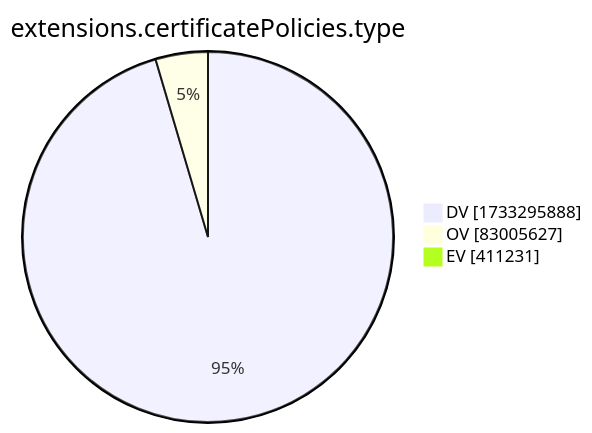
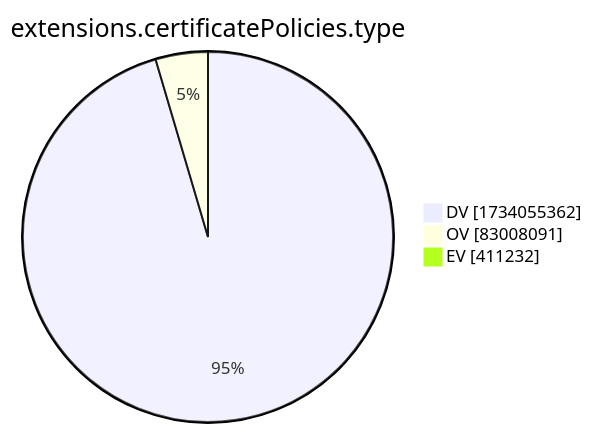
Before and after one commit to christiankrug/ctmonitor_visualization: the tenth of 15 diagrams in xenon2022/README.md, drawn with Mermaid. The commit also changed other lines of this file, not shown here.

````diff
--- a/xenon2022/README.md
+++ b/xenon2022/README.md
@@ -2881,7 +2881,7 @@
 ```mermaid
 pie showData
 title extensions.certificatePolicies.type
-"DV" :1733295888
-"OV" :83005627
-"EV" :411231
+"DV" :1734055362
+"OV" :83008091
+"EV" :411232
 ```
````
